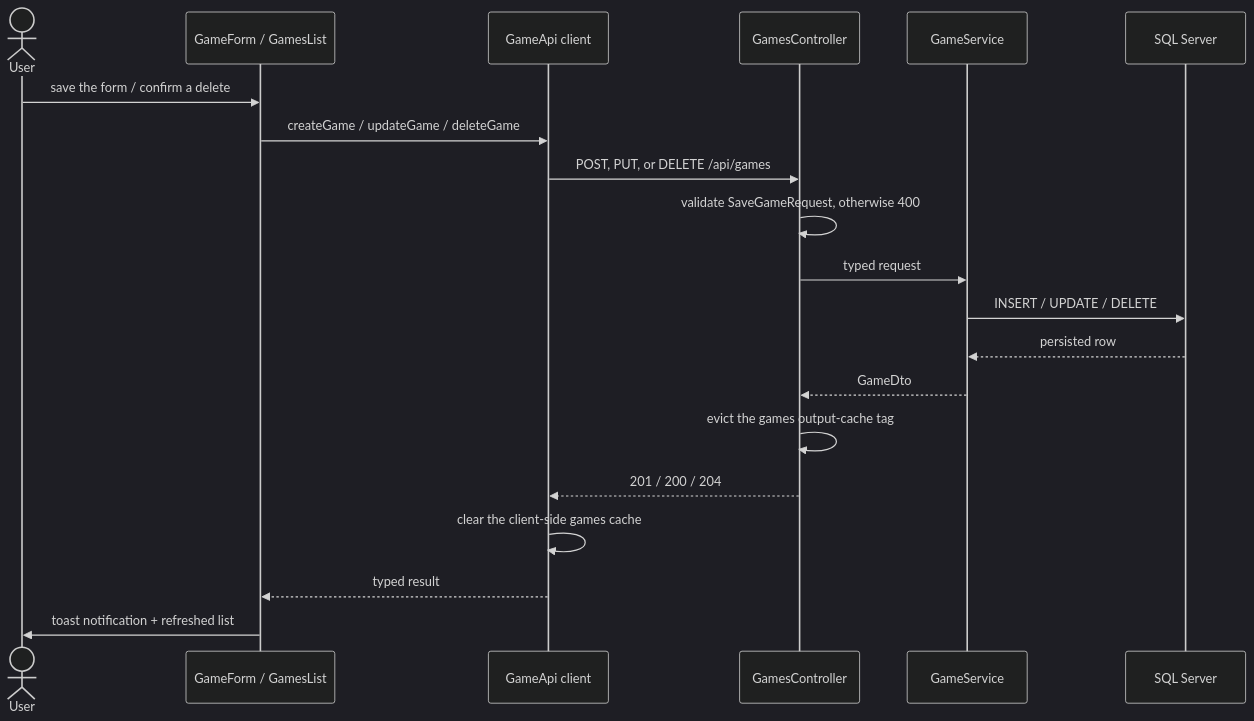
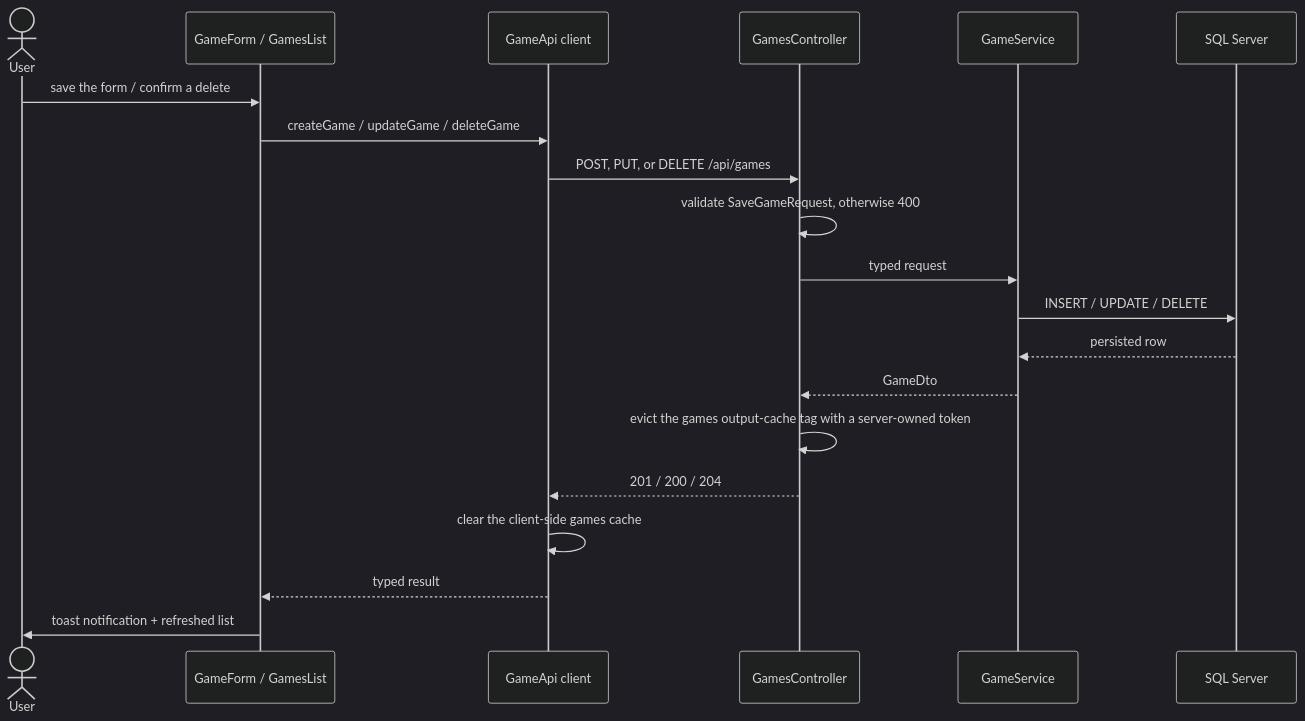
One commit to ivashchenko999/dlcg changed the second of 2 diagrams in README.md. Above: the diagram before and after it, drawn with Mermaid (dark theme). The commit also changed other lines of this file and 13 other files, not shown here.

````diff
--- a/README.md
+++ b/README.md
@@ -134,23 +135,23 @@
 ```mermaid
 sequenceDiagram
     actor User
     participant Form as GameForm / GamesList
     participant Api as GameApi client
     participant Ctl as GamesController
     participant Svc as GameService
     participant Db as SQL Server
 
     User->>Form: save the form / confirm a delete
     Form->>Api: createGame / updateGame / deleteGame
     Api->>Ctl: POST, PUT, or DELETE /api/games
     Ctl->>Ctl: validate SaveGameRequest, otherwise 400
     Ctl->>Svc: typed request
     Svc->>Db: INSERT / UPDATE / DELETE
     Db-->>Svc: persisted row
     Svc-->>Ctl: GameDto
-    Ctl->>Ctl: evict the games output-cache tag
+    Ctl->>Ctl: evict the games output-cache tag with a server-owned token
     Ctl-->>Api: 201 / 200 / 204
     Api->>Api: clear the client-side games cache
     Api-->>Form: typed result
     Form->>User: toast notification + refreshed list
 ```
````
